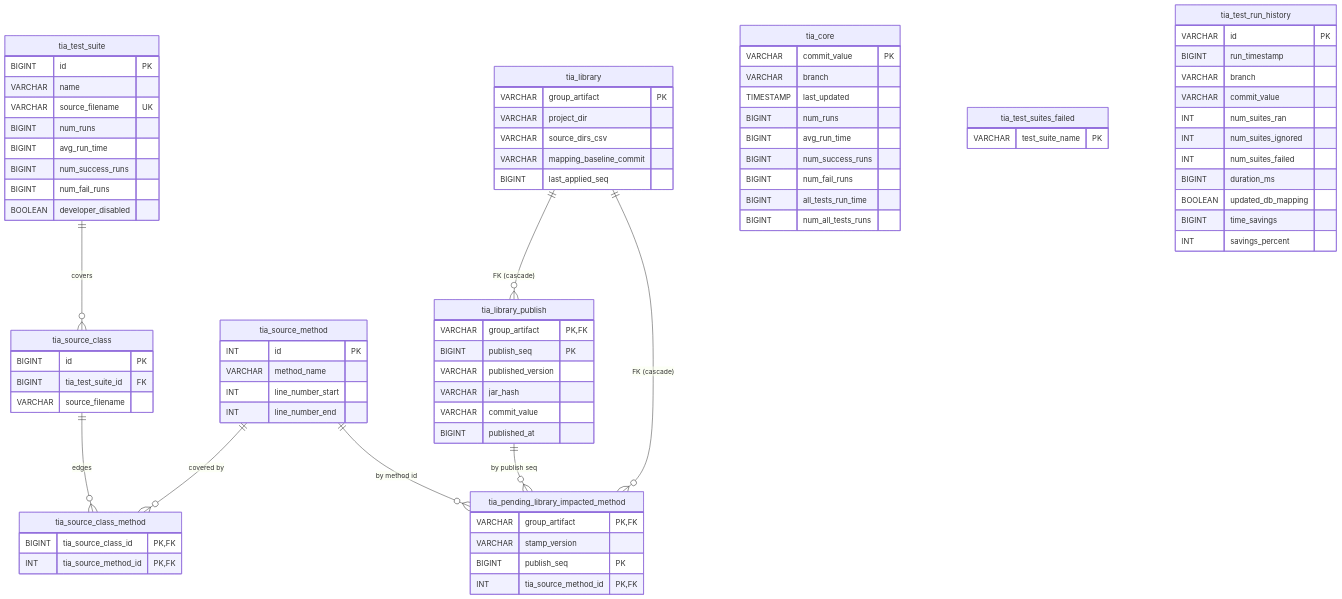
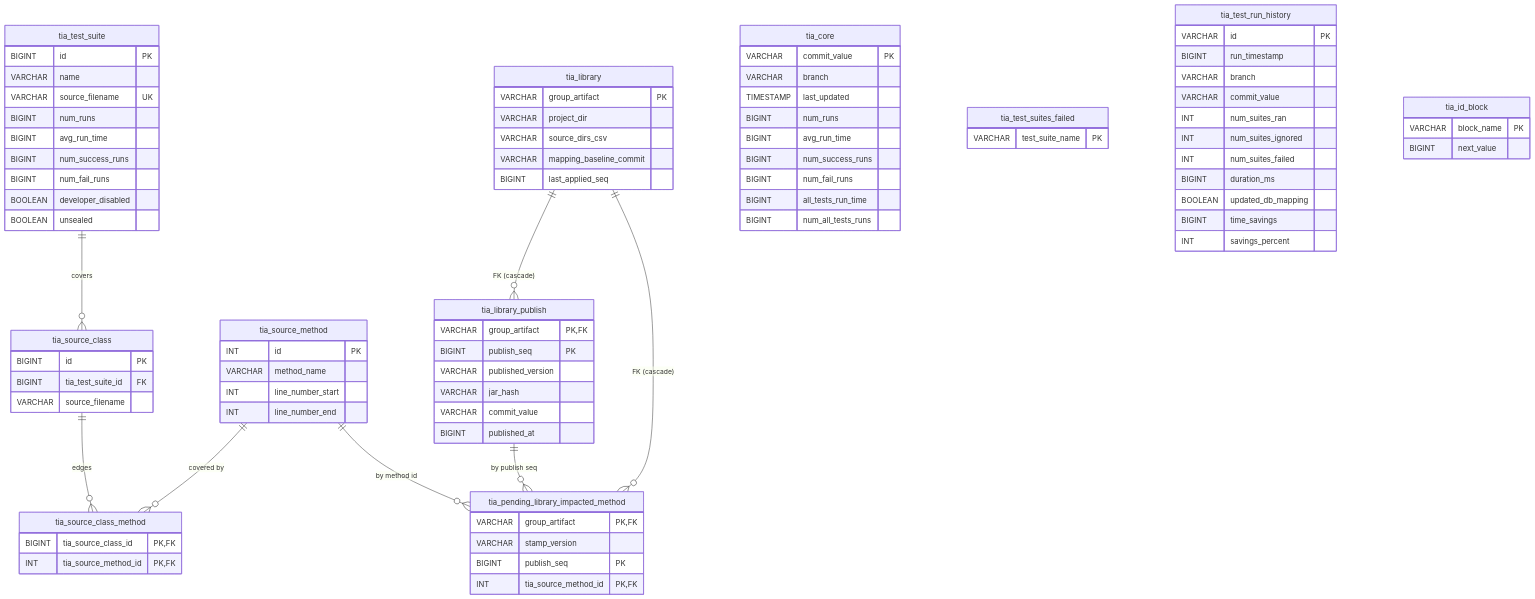
Before and after one commit to mtgleeson/tiatesting: the diagram in wiki/database-schema.md, drawn with Mermaid. The commit also changed other lines of this file and 5 other files, not shown here.

````diff
--- a/wiki/database-schema.md
+++ b/wiki/database-schema.md
@@ -38,6 +40,7 @@
         BIGINT num_success_runs
         BIGINT num_fail_runs
         BOOLEAN developer_disabled
+        BOOLEAN unsealed
     }
 
     tia_source_class {
@@ -99,4 +102,9 @@
         BIGINT publish_seq PK
         INT tia_source_method_id PK, FK
     }
+
+    tia_id_block {
+        VARCHAR block_name PK
+        BIGINT next_value
+    }
 ```
````
